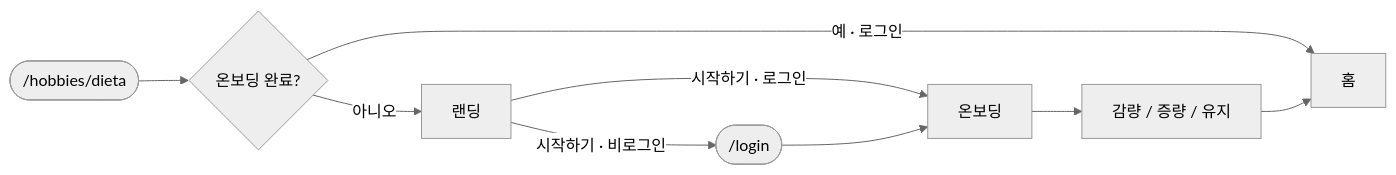
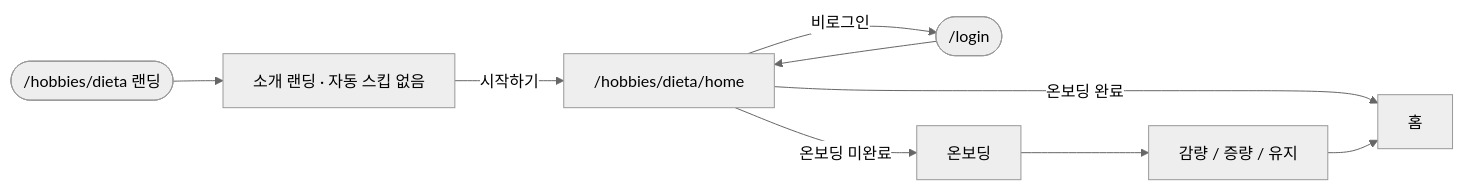
One commit to ohdeg/PBB changed diagram 18 of 26 in docs/PBB-유저-흐름도.md. Above: the diagram before and after it, drawn with Mermaid (neutral theme). The commit also changed other lines of this file and 206 other files, not shown here.

````diff
--- a/docs/PBB-유저-흐름도.md
+++ b/docs/PBB-유저-흐름도.md
@@ -433,11 +445,11 @@
 ```mermaid
 flowchart LR
-    enter(["/hobbies/dieta"]) --> gate{온보딩 완료?}
-    gate -->|"예 · 로그인"| home[홈]
-    gate -->|"아니오"| landing[랜딩]
-    landing -->|"시작하기 · 로그인"| onboard[온보딩]
-    landing -->|"시작하기 · 비로그인"| login(["/login"])
-    login --> onboard
+    enter(["/hobbies/dieta 랜딩"]) --> landing[소개 랜딩 · 자동 스킵 없음]
+    landing -->|"시작하기"| homeGate["/hobbies/dieta/home"]
+    homeGate -->|"비로그인"| login(["/login"])
+    homeGate -->|"온보딩 미완료"| onboard[온보딩]
+    homeGate -->|"온보딩 완료"| home[홈]
+    login --> homeGate
     onboard --> goalPick[감량 / 증량 / 유지]
     goalPick --> home
 ```
````
